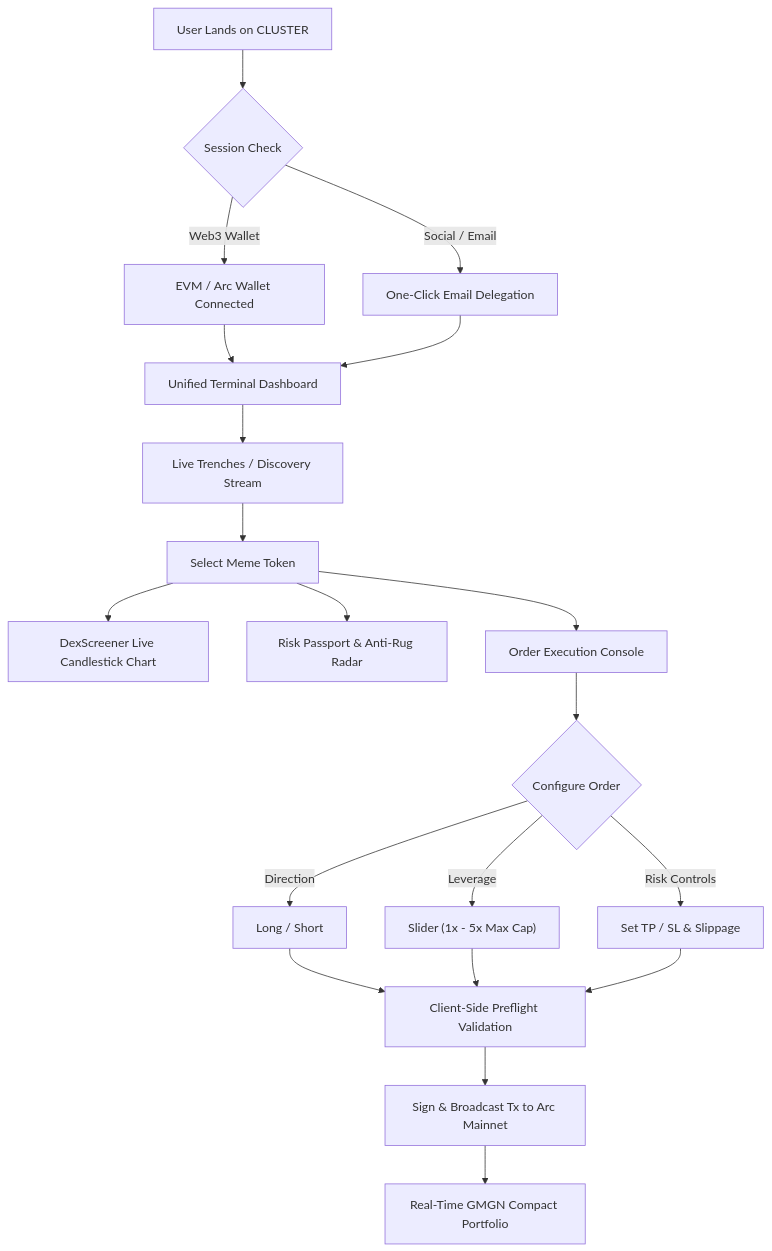
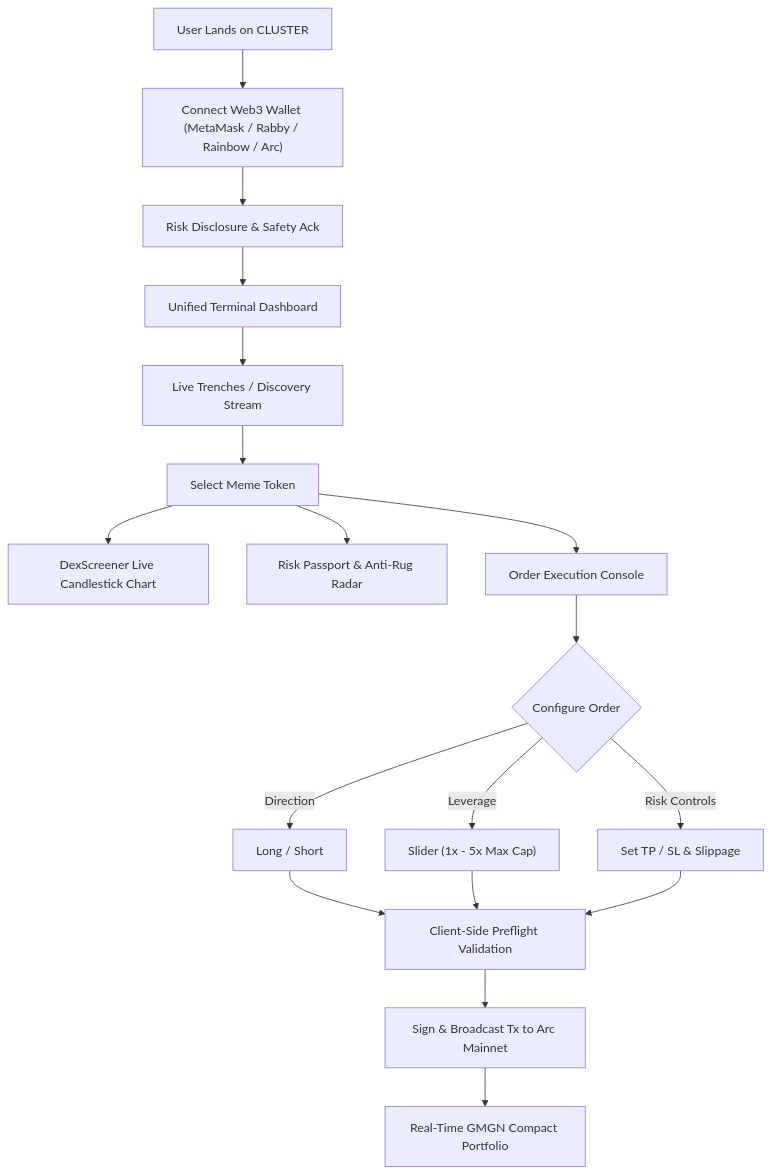
One commit to GIFTEDLOV/ArcMemePerps changed the first of 2 diagrams in README.md. Above: the diagram before and after it, drawn with Mermaid.

Commit message:
docs(readme): remove email sign-in from architecture workflow diagram to reflect pure Web3 wallet flow

````diff
--- a/README.md
+++ b/README.md
@@ -77,25 +77,22 @@
 ```mermaid
 flowchart TD
-    A["User Lands on CLUSTER"] --> B{"Session Check"}
-    B -->|"Web3 Wallet"| C["EVM / Arc Wallet Connected"]
-    B -->|"Social / Email"| D["One-Click Email Delegation"]
-    
+    A["User Lands on CLUSTER"] --> B["Connect Web3 Wallet (MetaMask / Rabby / Rainbow / Arc)"]
+    B --> C["Risk Disclosure & Safety Ack"]
     C --> E["Unified Terminal Dashboard"]
-    D --> E
     
     E --> F["Live Trenches / Discovery Stream"]
     F --> G["Select Meme Token"]
     
     G --> H["DexScreener Live Candlestick Chart"]
     G --> I["Risk Passport & Anti-Rug Radar"]
     G --> J["Order Execution Console"]
     
     J --> K{"Configure Order"}
     K -->|"Direction"| L["Long / Short"]
     K -->|"Leverage"| M["Slider (1x - 5x Max Cap)"]
     K -->|"Risk Controls"| N["Set TP / SL & Slippage"]
     
     L & M & N --> O["Client-Side Preflight Validation"]
     O --> P["Sign & Broadcast Tx to Arc Mainnet"]
     P --> Q["Real-Time GMGN Compact Portfolio"]
 ```
````
